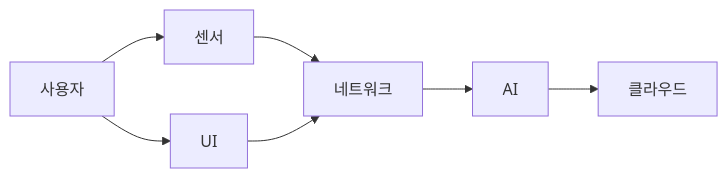
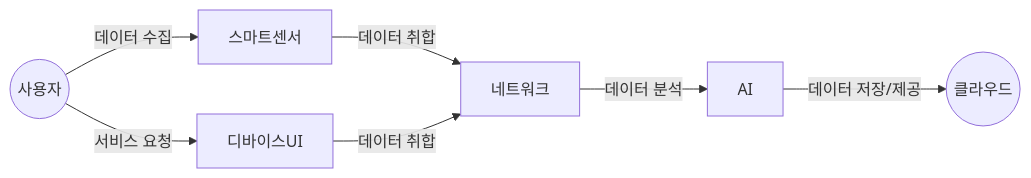
Before and after one commit to gracefullight/gracefullight.github.io: the second of 3 diagrams in blog/pe/conv/ambient-computing.md, drawn with Mermaid. The commit also changed other lines of this file, not shown here.

````diff
--- a/blog/pe/conv/ambient-computing.md
+++ b/blog/pe/conv/ambient-computing.md
@@ -29,5 +49,5 @@
 ```mermaid
 graph LR
-  U[사용자] --> S[센서] --> 네트워크 --> AI --> 클라우드
-  U --> UI --> 네트워크
+  U((사용자)) -->|데이터 수집| S[스마트센서] -->|데이터 취합| 네트워크 -->|데이터 분석| AI -->|데이터 저장/제공| 클라우드((클라우드))
+  U -->|서비스 요청| UI[디바이스UI] -->|데이터 취합| 네트워크
 ```
````
